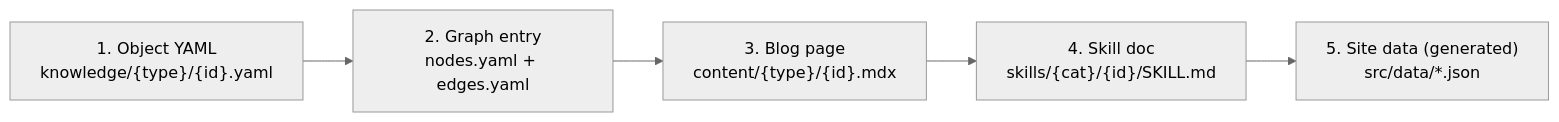
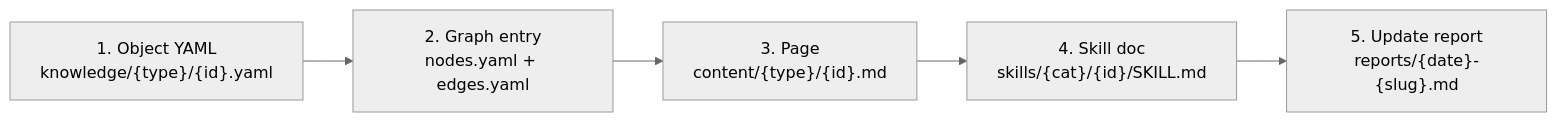
Before and after one commit to Bokai-Zhao/Pathology-Wiki: the diagram in README.md, drawn with Mermaid (neutral theme). The commit also changed other lines of this file and 37 other files, not shown here.

````diff
--- a/README.md
+++ b/README.md
@@ -27,9 +29,9 @@
 ```mermaid
 flowchart LR
     Y["1. Object YAML<br/>knowledge/{type}/{id}.yaml"]
     G["2. Graph entry<br/>nodes.yaml + edges.yaml"]
-    M["3. Blog page<br/>content/{type}/{id}.mdx"]
+    M["3. Page<br/>content/{type}/{id}.md"]
     S["4. Skill doc<br/>skills/{cat}/{id}/SKILL.md"]
-    D["5. Site data (generated)<br/>src/data/*.json"]
-    Y --> G --> M --> S --> D
+    R["5. Update report<br/>reports/{date}-{slug}.md"]
+    Y --> G --> M --> S --> R
 ```
````
